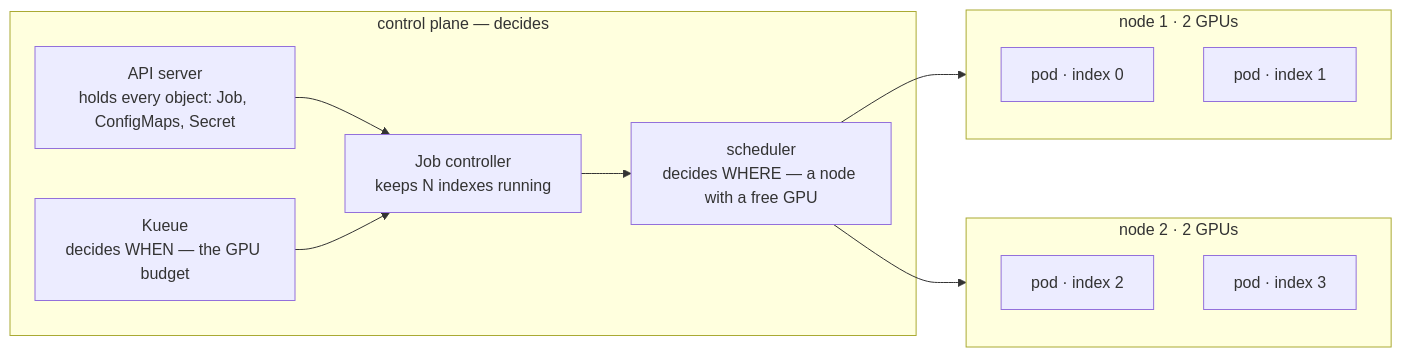
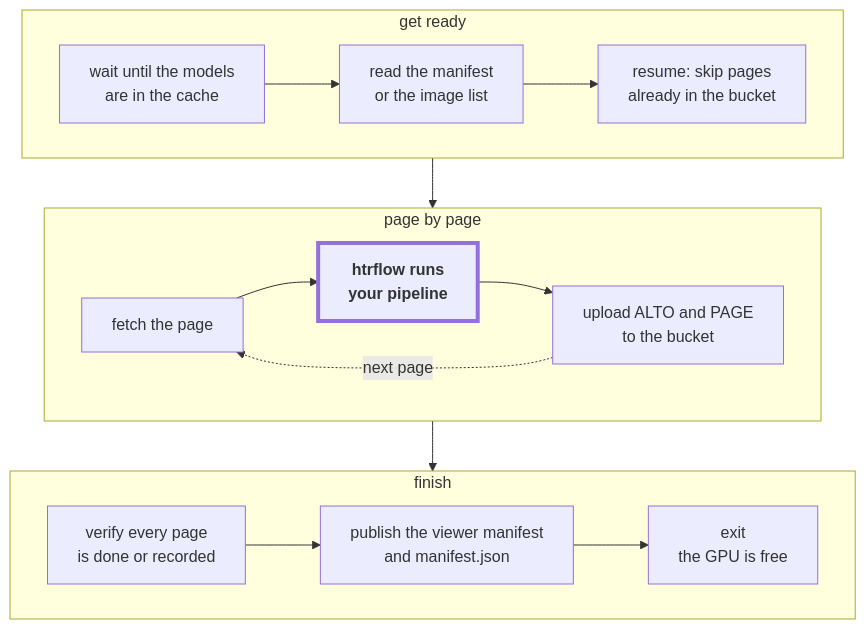
One commit to AI-Riksarkivet/htrflow-batch changed the diagram in docs/slides/assets/part-1-from-one-folder-to-the-archive-5.mmd. Above: the diagram before and after it, drawn with Mermaid. The commit also changed 10 other files, not shown here.

```diff
--- a/docs/slides/assets/part-1-from-one-folder-to-the-archive-5.mmd
+++ b/docs/slides/assets/part-1-from-one-folder-to-the-archive-5.mmd
@@ -1,19 +1,16 @@
-flowchart LR
-  subgraph CP["control plane — decides"]
-    API["API server<br/>holds every object: Job, ConfigMaps, Secret"]
-    JC["Job controller<br/>keeps N indexes running"]
-    KQ["Kueue<br/>decides WHEN — the GPU budget"]
-    SCH["scheduler<br/>decides WHERE — a node with a free GPU"]
+flowchart TB
+  subgraph A["get ready"]
+    direction LR
+    W["wait until the models<br/>are in the cache"] --> M["read the manifest<br/>or the image list"] --> R["resume: skip pages<br/>already in the bucket"]
   end
-  subgraph N1["node 1 · 2 GPUs"]
-    P0["pod · index 0"]
-    P1["pod · index 1"]
+  subgraph B["page by page"]
+    direction LR
+    F["fetch the page"] --> H["htrflow runs<br/>your pipeline"] --> U["upload ALTO and PAGE<br/>to the bucket"]
+    U -. "next page" .-> F
   end
-  subgraph N2["node 2 · 2 GPUs"]
-    P2["pod · index 2"]
-    P3["pod · index 3"]
+  subgraph C["finish"]
+    direction LR
+    V["verify every page<br/>is done or recorded"] --> P["publish the viewer manifest<br/>and manifest.json"] --> X["exit<br/>the GPU is free"]
   end
-  API --> JC --> SCH
-  KQ --> JC
-  SCH --> N1
-  SCH --> N2
+  A --> B --> C
+  style H stroke-width:4px,font-weight:bold
```
